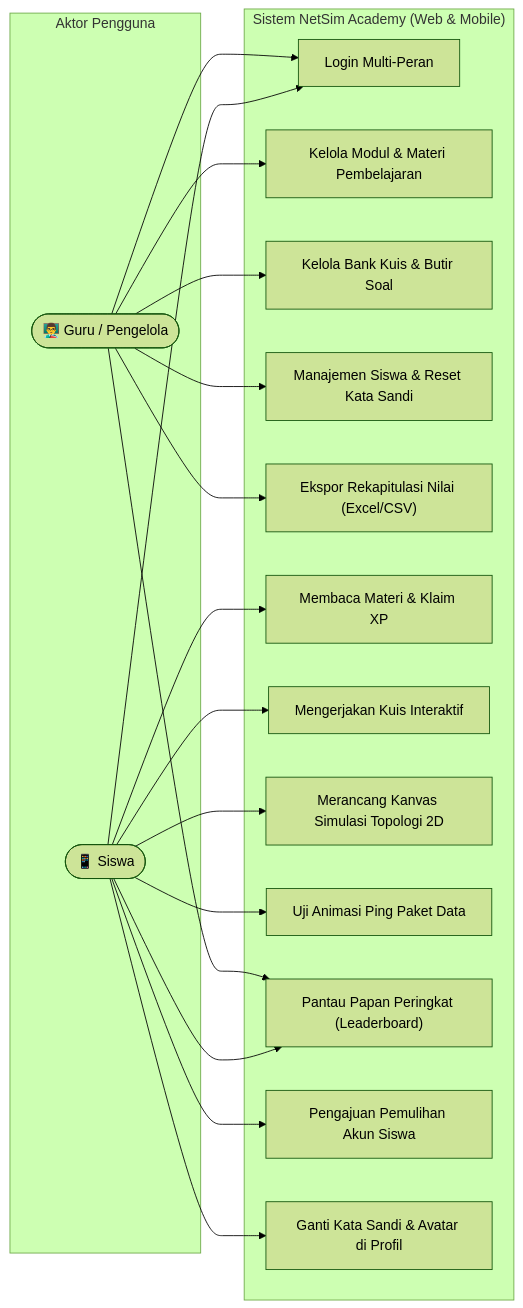
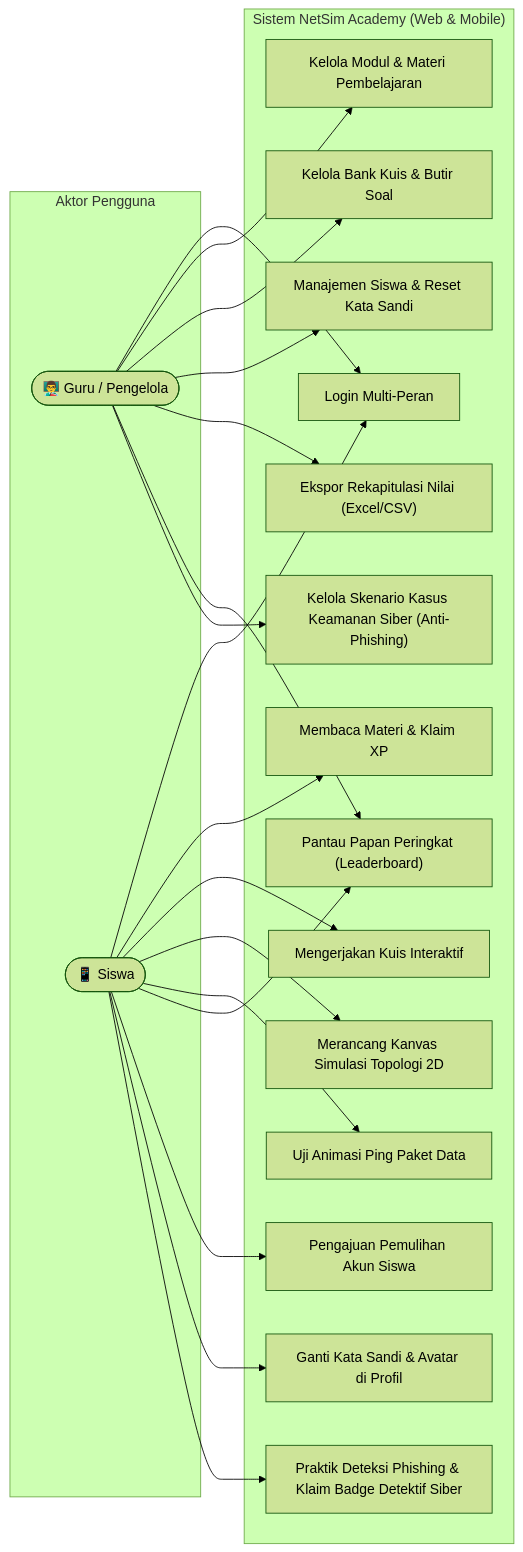
Before and after one commit to dimasalvarizk/Aplikasi-Simulasi: the first of 4 diagrams in README.md, drawn with Mermaid (forest theme). The commit also changed other lines of this file and 29 other files, not shown here.

Commit message:
feat: Integrasi Detektif Siber, sinkronisasi avatar & XP siswa, dan pembersihan background popup modal

````diff
--- a/README.md
+++ b/README.md
@@ -37,38 +37,42 @@
 ```mermaid
 flowchart LR
     subgraph Pengguna ["Aktor Pengguna"]
         Guru(["👨‍🏫 Guru / Pengelola"])
         Siswa(["📱 Siswa"])
     end
 
     subgraph Sistem ["Sistem NetSim Academy (Web & Mobile)"]
         UC1["Login Multi-Peran"]
         UC2["Kelola Modul & Materi Pembelajaran"]
         UC3["Kelola Bank Kuis & Butir Soal"]
         UC4["Manajemen Siswa & Reset Kata Sandi"]
         UC5["Ekspor Rekapitulasi Nilai (Excel/CSV)"]
         UC6["Membaca Materi & Klaim XP"]
         UC7["Mengerjakan Kuis Interaktif"]
         UC8["Merancang Kanvas Simulasi Topologi 2D"]
         UC9["Uji Animasi Ping Paket Data"]
         UC10["Pantau Papan Peringkat (Leaderboard)"]
         UC11["Pengajuan Pemulihan Akun Siswa"]
         UC12["Ganti Kata Sandi & Avatar di Profil"]
+        UC13["Kelola Skenario Kasus Keamanan Siber (Anti-Phishing)"]
+        UC14["Praktik Deteksi Phishing & Klaim Badge Detektif Siber"]
     end
 
     Guru --> UC1
     Guru --> UC2
     Guru --> UC3
     Guru --> UC4
     Guru --> UC5
     Guru --> UC10
+    Guru --> UC13
 
     Siswa --> UC1
     Siswa --> UC6
     Siswa --> UC7
     Siswa --> UC8
     Siswa --> UC9
     Siswa --> UC10
     Siswa --> UC11
     Siswa --> UC12
+    Siswa --> UC14
 ```
````
